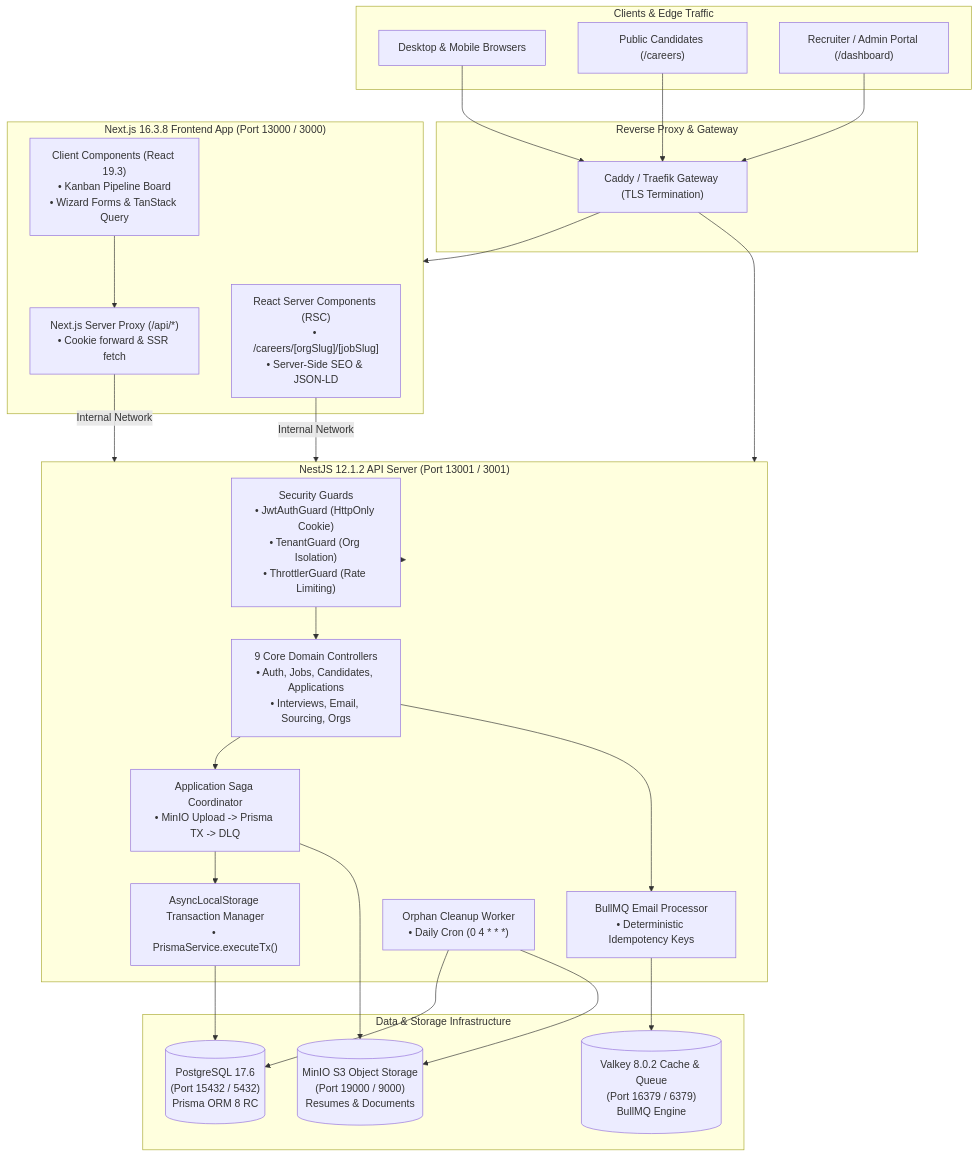
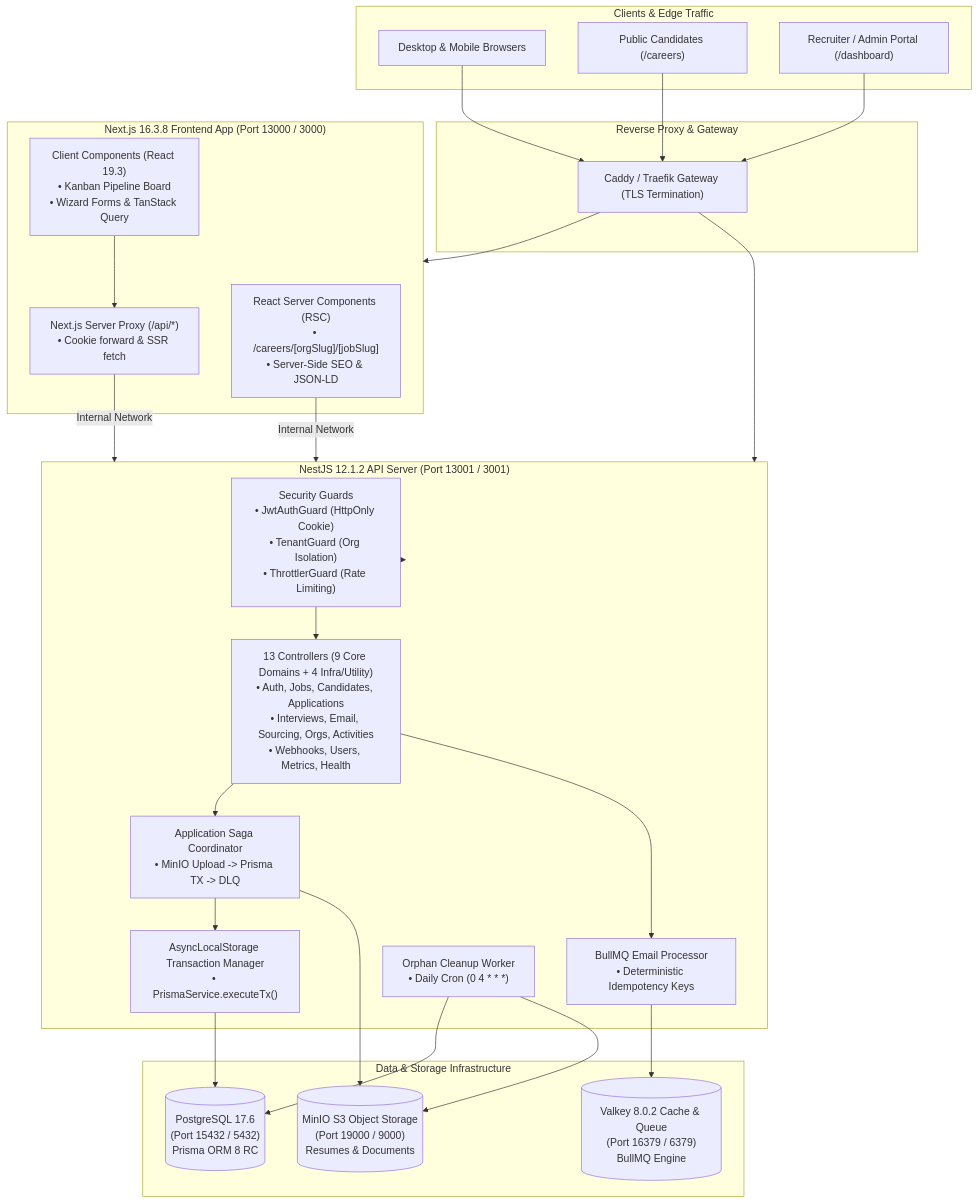
One commit to ntuan2502/haihire changed the diagram in docs/architecture/system-overview.md. Above: the diagram before and after it, drawn with Mermaid. The commit also changed 11 other files, not shown here.

````diff
--- a/docs/architecture/system-overview.md
+++ b/docs/architecture/system-overview.md
@@ -10,54 +10,54 @@
 ```mermaid
 flowchart TB
     subgraph Clients["Clients & Edge Traffic"]
         Browser["Desktop & Mobile Browsers"]
         Candidate["Public Candidates (/careers)"]
         Recruiter["Recruiter / Admin Portal (/dashboard)"]
     end
 
     subgraph Edge["Reverse Proxy & Gateway"]
         Caddy["Caddy / Traefik Gateway (TLS Termination)"]
     end
 
     subgraph FrontendCluster["Next.js 16.3.8 Frontend App (Port 13000 / 3000)"]
         RSC["React Server Components (RSC)\n• /careers/[orgSlug]/[jobSlug]\n• Server-Side SEO & JSON-LD"]
         ClientApp["Client Components (React 19.3)\n• Kanban Pipeline Board\n• Wizard Forms & TanStack Query"]
         SSRProxy["Next.js Server Proxy (/api/*)\n• Cookie forward & SSR fetch"]
     end
 
     subgraph BackendCluster["NestJS 12.1.2 API Server (Port 13001 / 3001)"]
         GuardLayer["Security Guards\n• JwtAuthGuard (HttpOnly Cookie)\n• TenantGuard (Org Isolation)\n• ThrottlerGuard (Rate Limiting)"]
-        Controllers["9 Core Domain Controllers\n• Auth, Jobs, Candidates, Applications\n• Interviews, Email, Sourcing, Orgs"]
+        Controllers["13 Controllers (9 Core Domains + 4 Infra/Utility)\n• Auth, Jobs, Candidates, Applications\n• Interviews, Email, Sourcing, Orgs, Activities\n• Webhooks, Users, Metrics, Health"]
         SagaService["Application Saga Coordinator\n• MinIO Upload -> Prisma TX -> DLQ"]
         ALS["AsyncLocalStorage Transaction Manager\n• PrismaService.executeTx()"]
         EmailWorker["BullMQ Email Processor\n• Deterministic Idempotency Keys"]
         OrphanWorker["Orphan Cleanup Worker\n• Daily Cron (0 4 * * *)"]
     end
 
     subgraph DataTier["Data & Storage Infrastructure"]
         Postgres[("PostgreSQL 17.6\n(Port 15432 / 5432)\nPrisma ORM 8 RC")]
         Valkey[("Valkey 8.0.2 Cache & Queue\n(Port 16379 / 6379)\nBullMQ Engine")]
         MinIO[("MinIO S3 Object Storage\n(Port 19000 / 9000)\nResumes & Documents")]
     end
 
     Browser --> Caddy
     Candidate --> Caddy
     Recruiter --> Caddy
     Caddy --> FrontendCluster
     Caddy --> BackendCluster
 
     ClientApp --> SSRProxy
     RSC -->|Internal Network| BackendCluster
     SSRProxy -->|Internal Network| BackendCluster
 
     BackendCluster --> GuardLayer
     GuardLayer --> Controllers
     Controllers --> SagaService
     SagaService --> ALS
     ALS --> Postgres
     SagaService --> MinIO
     Controllers --> EmailWorker
     EmailWorker --> Valkey
     OrphanWorker --> Postgres
     OrphanWorker --> MinIO
 ```
````
